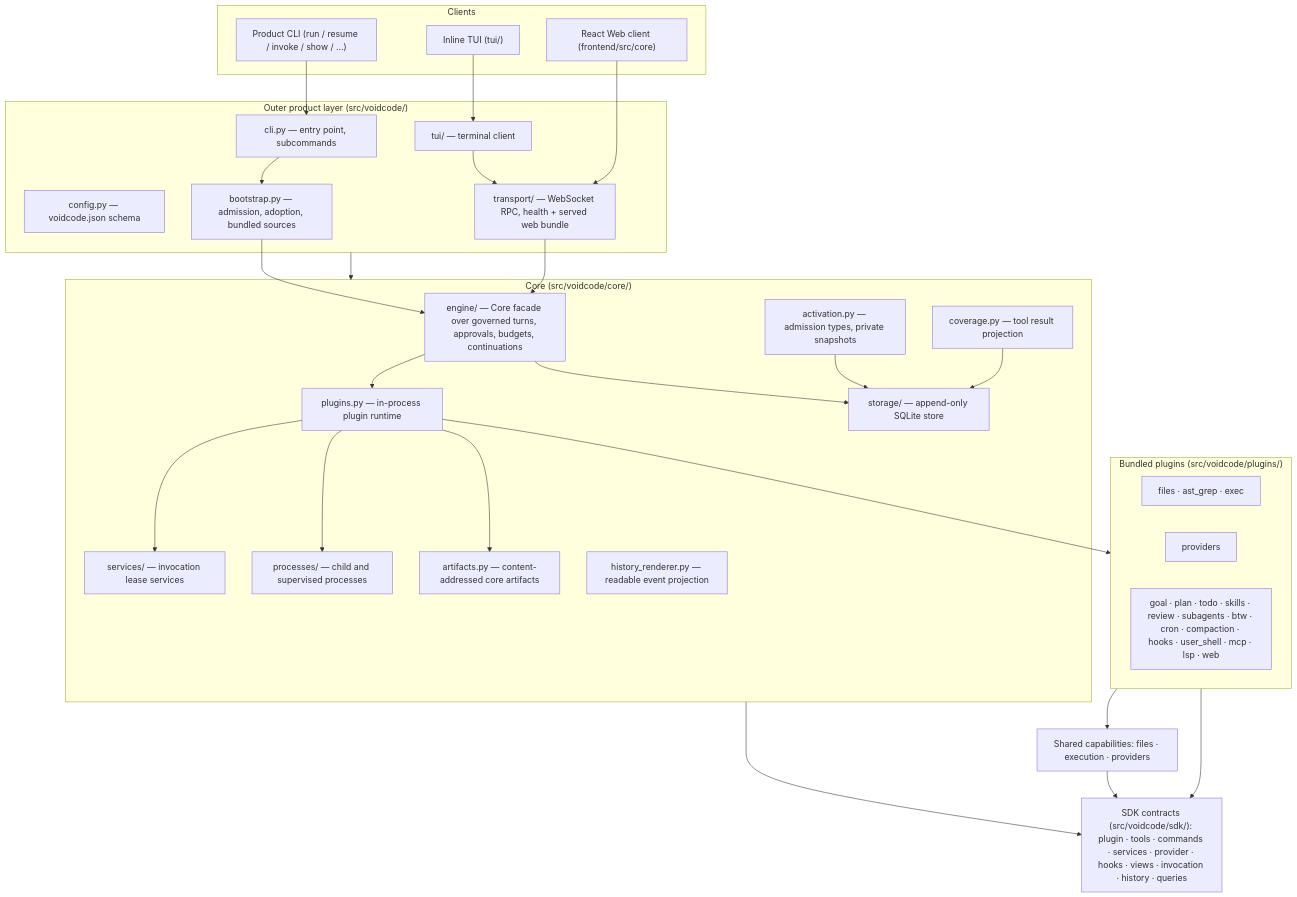
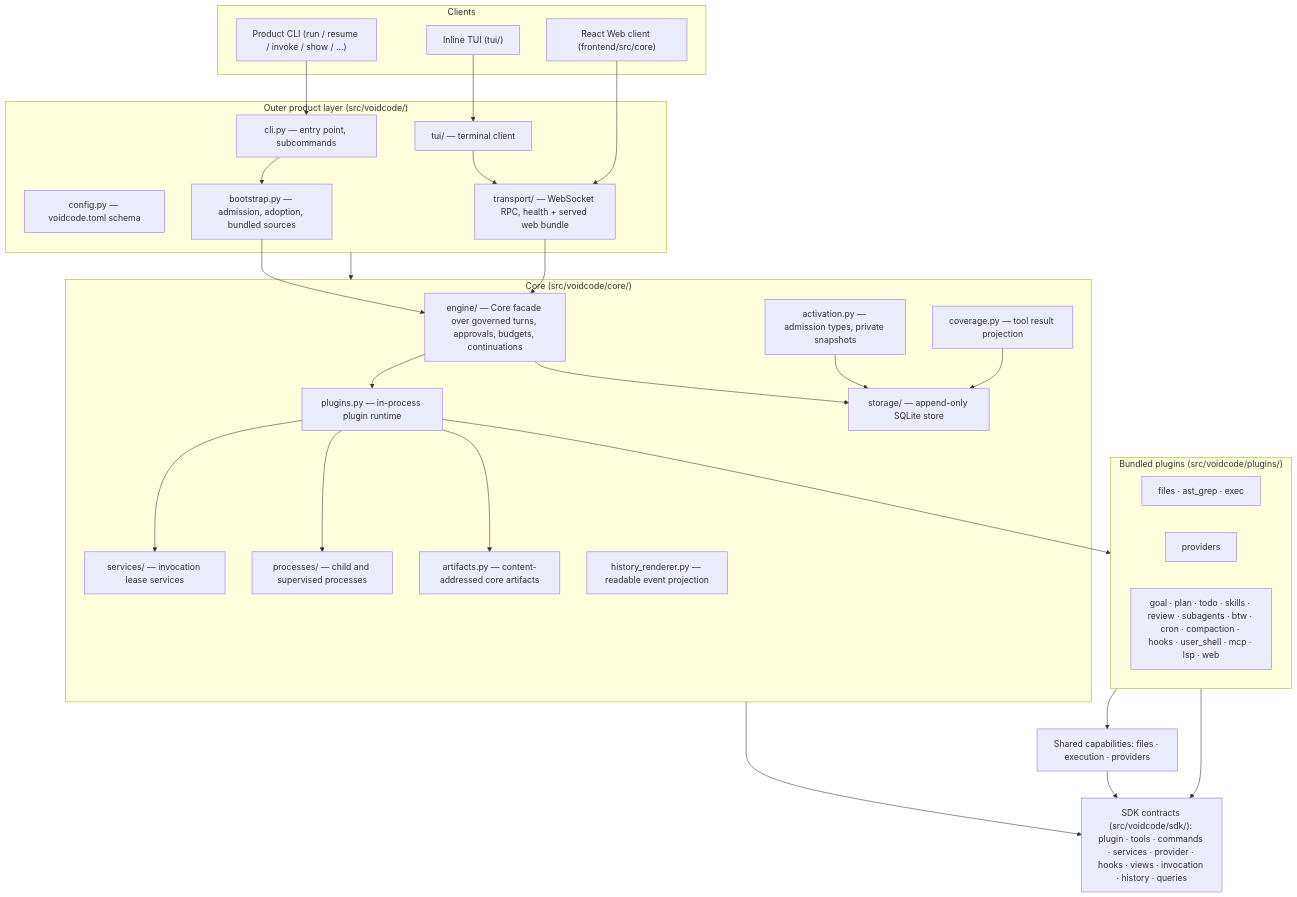
Before and after one commit to lei-jia-xing/voidcode: the diagram in docs/architecture.md, drawn with Mermaid. The commit also changed other lines of this file and 108 other files, not shown here.

Commit message:
refactor(config)!: cut over workspace configuration to voidcode.toml

````diff
--- a/docs/architecture.md
+++ b/docs/architecture.md
@@ -24,57 +24,57 @@
 ```mermaid
 graph TD
     subgraph Clients["Clients"]
         CLI["Product CLI (run / resume / invoke / show / ...)"]
         TUI["Inline TUI (tui/)"]
         Web["React Web client (frontend/src/core)"]
     end
 
     subgraph Outer["Outer product layer (src/voidcode/)"]
         CLIImpl["cli.py — entry point, subcommands"]
-        Config["config.py — voidcode.json schema"]
+        Config["config.py — voidcode.toml schema"]
         Bootstrap["bootstrap.py — admission, adoption, bundled sources"]
         Transport["transport/ — WebSocket RPC, health + served web bundle"]
         TUIImpl["tui/ — terminal client"]
     end
 
     subgraph Core["Core (src/voidcode/core/)"]
         Engine["engine/ — Core facade over governed turns, approvals, budgets, continuations"]
         Activation["activation.py — admission types, private snapshots"]
         Runtime["plugins.py — in-process plugin runtime"]
         Services["services/ — invocation lease services"]
         Processes["processes/ — child and supervised processes"]
         Storage["storage/ — append-only SQLite store"]
         Artifacts["artifacts.py — content-addressed core artifacts"]
         Coverage["coverage.py — tool result projection"]
         Renderer["history_renderer.py — readable event projection"]
     end
 
     subgraph Plugins["Bundled plugins (src/voidcode/plugins/)"]
         Files["files · ast_grep · exec"]
         Model["providers"]
         Product["goal · plan · todo · skills · review · subagents · btw · cron · compaction · hooks · user_shell · mcp · lsp · web"]
     end
 
     SDK["SDK contracts (src/voidcode/sdk/): plugin · tools · commands · services · provider · hooks · views · invocation · history · queries"]
 
     CLI --> CLIImpl
     TUI --> TUIImpl
     Web --> Transport
     TUIImpl --> Transport
     CLIImpl --> Bootstrap
     Bootstrap --> Engine
     Transport --> Engine
     Engine --> Runtime
     Engine --> Storage
     Activation --> Storage
     Coverage --> Storage
     Runtime --> Services
     Runtime --> Processes
     Runtime --> Artifacts
     Runtime --> Plugins
     Plugins --> Capabilities["Shared capabilities: files · execution · providers"]
     Capabilities --> SDK
     Core --> SDK
     Plugins --> SDK
     Outer --> Core
 ```
````
